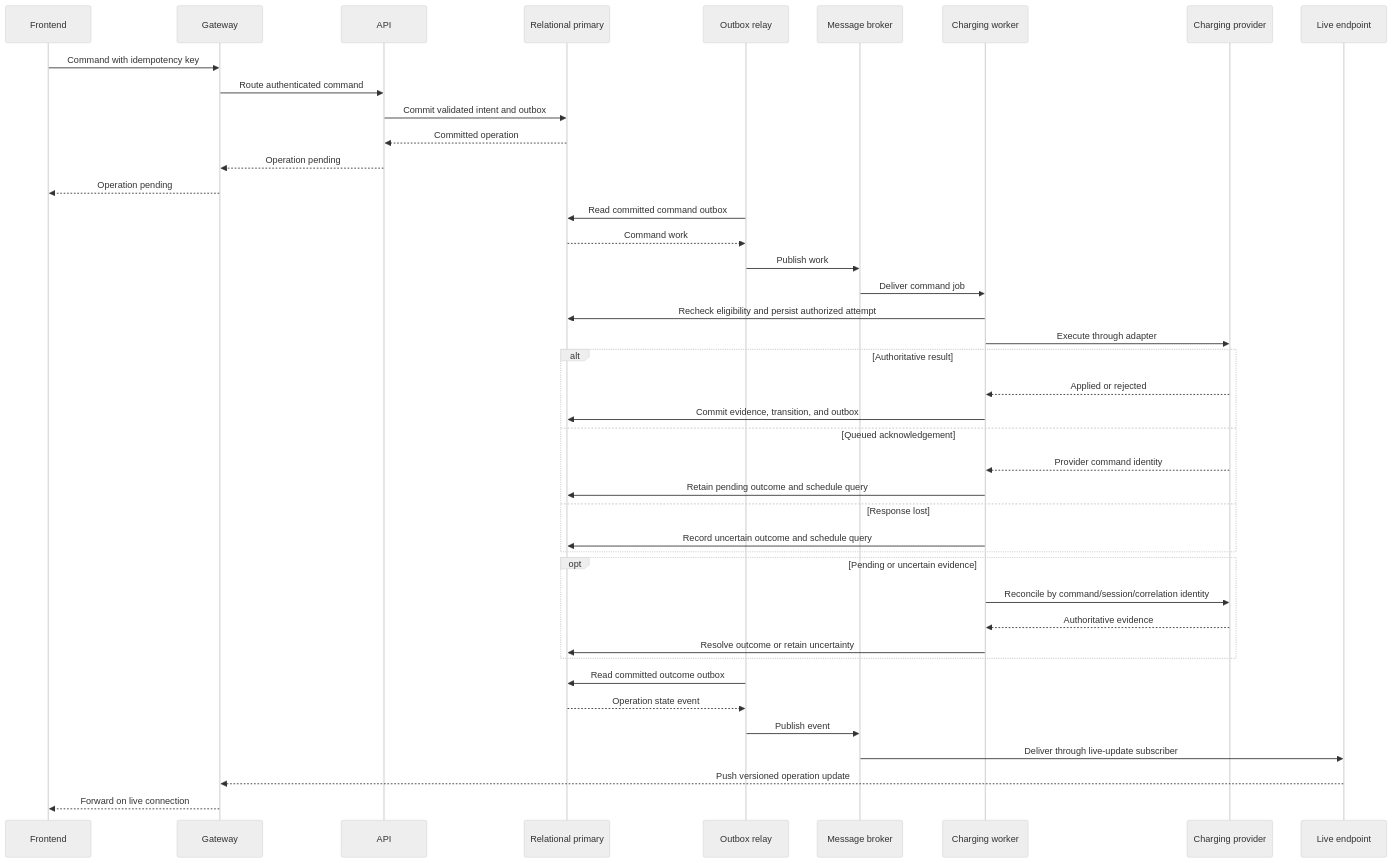
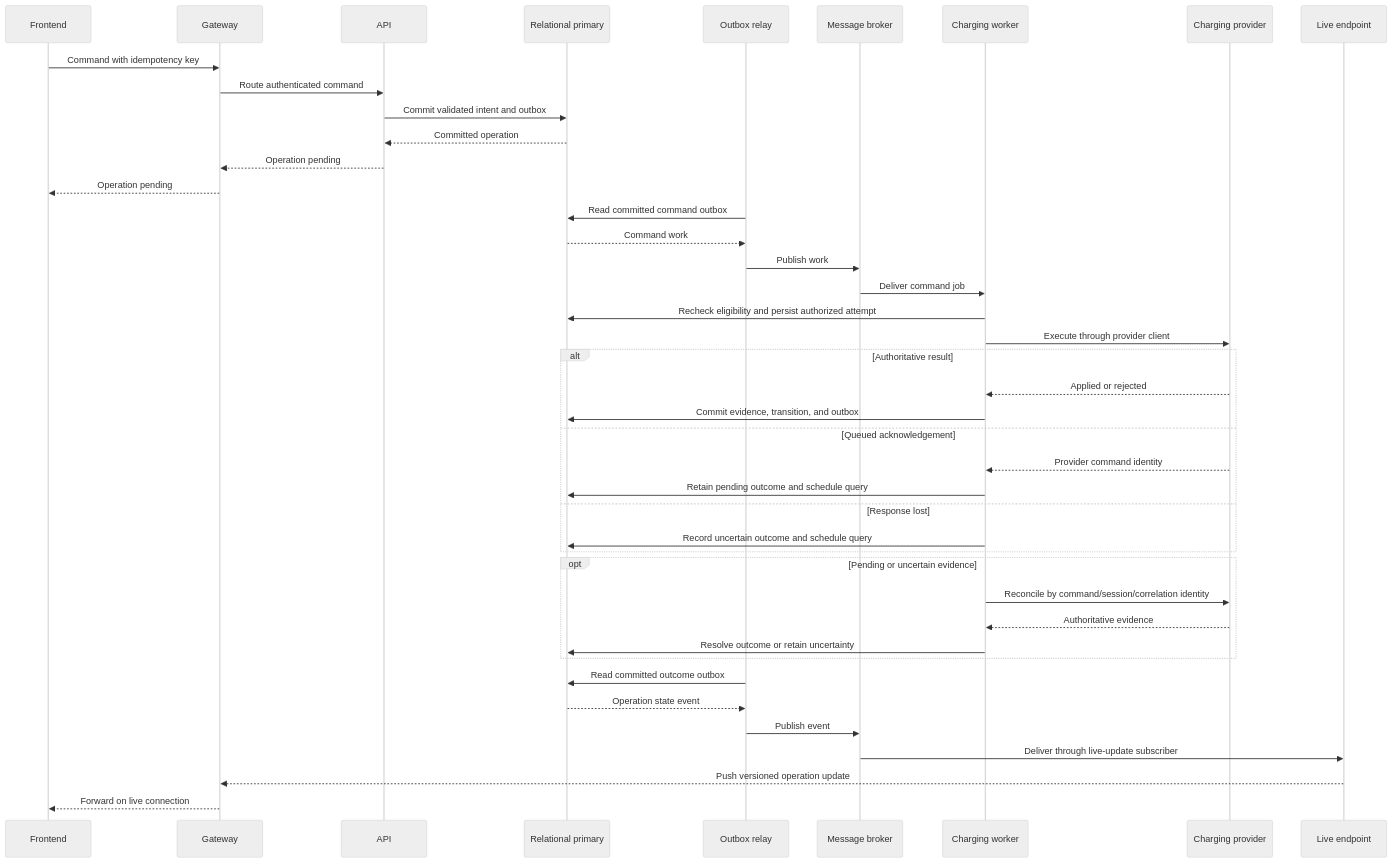
One commit to AFayziev/ev-charging-system-design-lab changed the third of 3 diagrams in docs/architecture.md. Above: the diagram before and after it, drawn with Mermaid (neutral theme). The commit also changed other lines of this file and 175 other files, not shown here.

First line of the commit message:
feat(charging)!: execute charging start via charging provider and check outcomes

````diff
--- a/docs/architecture.md
+++ b/docs/architecture.md
@@ -362,44 +362,44 @@
 ```mermaid
 sequenceDiagram
     participant UI as Frontend
     participant G as Gateway
     participant API as API
     participant SQL as Relational primary
     participant R as Outbox relay
     participant B as Message broker
     participant W as Charging worker
     participant OP as Charging provider
     participant L as Live endpoint
     UI->>G: Command with idempotency key
     G->>API: Route authenticated command
     API->>SQL: Commit validated intent and outbox
     SQL-->>API: Committed operation
     API-->>G: Operation pending
     G-->>UI: Operation pending
     R->>SQL: Read committed command outbox
     SQL-->>R: Command work
     R->>B: Publish work
     B->>W: Deliver command job
     W->>SQL: Recheck eligibility and persist authorized attempt
-    W->>OP: Execute through adapter
+    W->>OP: Execute through provider client
     alt Authoritative result
         OP-->>W: Applied or rejected
         W->>SQL: Commit evidence, transition, and outbox
     else Queued acknowledgement
         OP-->>W: Provider command identity
         W->>SQL: Retain pending outcome and schedule query
     else Response lost
         W->>SQL: Record uncertain outcome and schedule query
     end
     opt Pending or uncertain evidence
         W->>OP: Reconcile by command/session/correlation identity
         OP-->>W: Authoritative evidence
         W->>SQL: Resolve outcome or retain uncertainty
     end
     R->>SQL: Read committed outcome outbox
     SQL-->>R: Operation state event
     R->>B: Publish event
     B->>L: Deliver through live-update subscriber
     L-->>G: Push versioned operation update
     G-->>UI: Forward on live connection
 ```
````
